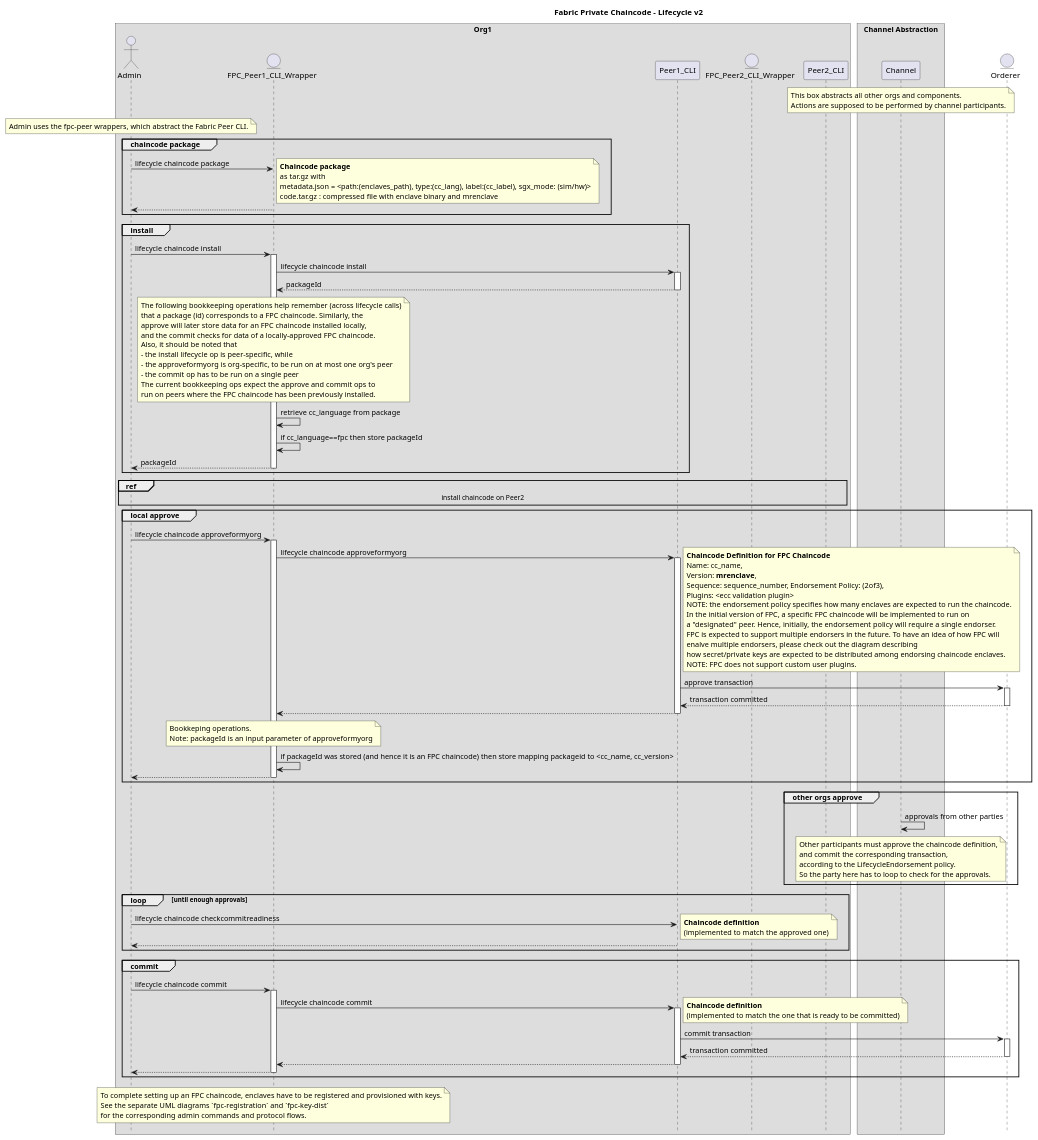
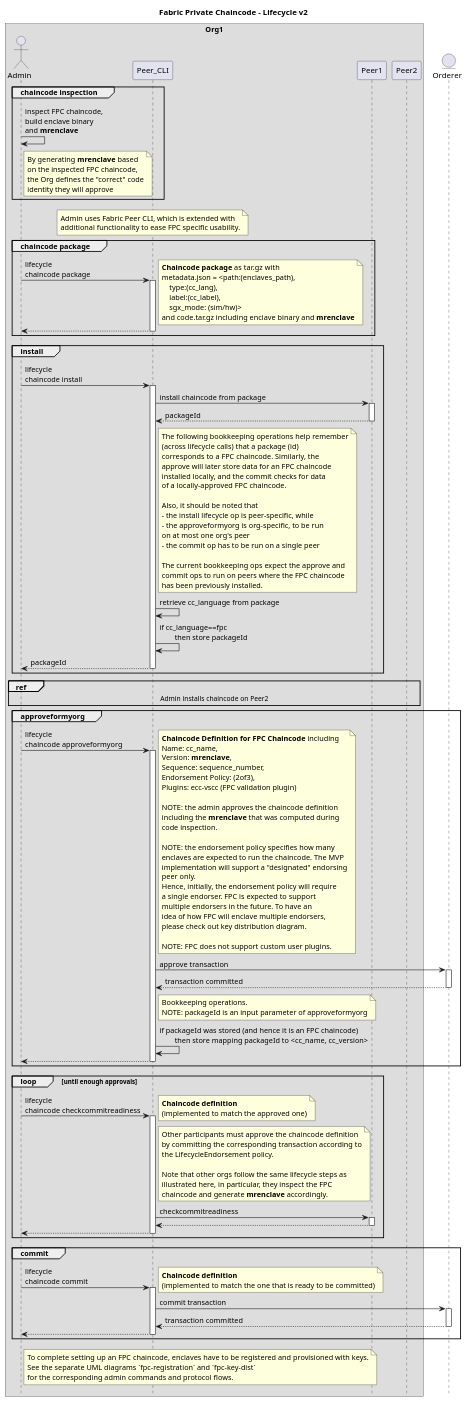
The diagram in docs/design/fabric-v2+/fpc-lifecycle-v2.puml (hyperledger/fabric-private-chaincode), drawn with PlantUML before and after one commit.

Commit message:
Revisit lifecycle
* make it printer friendly
* rename entities (use admin, peer_cli, and peer)
* remove channel and added comment in checkreadiness step
* add chaincode inspection

```diff
--- a/docs/design/fabric-v2+/fpc-lifecycle-v2.puml
+++ b/docs/design/fabric-v2+/fpc-lifecycle-v2.puml
@@ -8,133 +8,158 @@
 @startuml
 
 !pragma teoz true
 
 hide footbox
 title Foot Box removed
 
 title Fabric Private Chaincode - Lifecycle v2
 
 box "Org1"
-actor	Admin order 10
-entity "FPC_Peer1_CLI_Wrapper" as FPC_Peer1_CLI_Wrapper order 15
-participant Peer1_CLI order 20
-entity "FPC_Peer2_CLI_Wrapper" as FPC_Peer2_CLI_Wrapper order 30
-participant Peer2_CLI order 40
-end box
-
-box "Channel Abstraction"
-participant Channel order 70
-note over Channel
-    This box abstracts all other orgs and components.
-    Actions are supposed to be performed by channel participants.
-end note
+actor Admin order 10
+participant Peer_CLI order 15
+participant Peer1 order 20
+participant Peer2 order 40
 end box
 
 entity Orderer order 80
 
-note over Admin
-    Admin uses the fpc-peer wrappers, which abstract the Fabric Peer CLI.
+group chaincode inspection
+    Admin -> Admin : inspect FPC chaincode,\nbuild enclave binary\nand **mrenclave**
+    note right Admin
+    By generating **mrenclave** based
+    on the inspected FPC chaincode,
+    the Org defines the "correct" code
+    identity they will approve
+    end note
+end
+
+note over Peer_CLI
+    Admin uses Fabric Peer CLI, which is extended with
+    additional functionality to ease FPC specific usability.
 end note
 
 group chaincode package
-Admin -> FPC_Peer1_CLI_Wrapper : lifecycle chaincode package
-note right
-    **Chaincode package**
-    as tar.gz with
-    metadata.json = <path:(enclaves_path), type:(cc_lang), label:(cc_label), sgx_mode: (sim/hw)>
-    code.tar.gz : compressed file with enclave binary and mrenclave
-end note
+    Admin -> Peer_CLI++ : lifecycle\nchaincode package
+    note right
+    **Chaincode package** as tar.gz with
+    metadata.json = <path:(enclaves_path),
+        type:(cc_lang),
+        label:(cc_label),
+        sgx_mode: (sim/hw)>
+    and code.tar.gz including enclave binary and **mrenclave**
+    end note
 return
-end /' group chaincode package '/
+end
 
 group install
-Admin -> FPC_Peer1_CLI_Wrapper ++: lifecycle chaincode install
-FPC_Peer1_CLI_Wrapper -> Peer1_CLI ++: lifecycle chaincode install
-return packageId
-note over FPC_Peer1_CLI_Wrapper
-    The following bookkeeping operations help remember (across lifecycle calls)
-    that a package (id) corresponds to a FPC chaincode. Similarly, the
-    approve will later store data for an FPC chaincode installed locally,
-    and the commit checks for data of a locally-approved FPC chaincode.
+    Admin -> Peer_CLI++ : lifecycle\nchaincode install
+    Peer_CLI -> Peer1++ : install chaincode from package
+    return packageId
+
+    note right Peer_CLI
+    The following bookkeeping operations help remember
+    (across lifecycle calls) that a package (id)
+    corresponds to a FPC chaincode. Similarly, the
+    approve will later store data for an FPC chaincode
+    installed locally, and the commit checks for data
+    of a locally-approved FPC chaincode.
+
     Also, it should be noted that
     - the install lifecycle op is peer-specific, while
-    - the approveformyorg is org-specific, to be run on at most one org's peer
+    - the approveformyorg is org-specific, to be run
+    on at most one org's peer
     - the commit op has to be run on a single peer
-    The current bookkeeping ops expect the approve and commit ops to
-    run on peers where the FPC chaincode has been previously installed.
-end note
-FPC_Peer1_CLI_Wrapper -> FPC_Peer1_CLI_Wrapper : retrieve cc_language from package
-FPC_Peer1_CLI_Wrapper -> FPC_Peer1_CLI_Wrapper : if cc_language==fpc then store packageId
-return packageId /' Admin -> FPC_Peer1_CLI_Wrapper '/
-end /' group install '/
 
-ref over Admin, FPC_Peer2_CLI_Wrapper, Peer2_CLI
-    install chaincode on Peer2
-end /' ref '/
+    The current bookkeeping ops expect the approve and
+    commit ops to run on peers where the FPC chaincode
+    has been previously installed.
+    end note
 
-group local approve
-Admin -> FPC_Peer1_CLI_Wrapper ++: lifecycle chaincode approveformyorg
-FPC_Peer1_CLI_Wrapper -> Peer1_CLI ++: lifecycle chaincode approveformyorg
-note right
-    **Chaincode Definition for FPC Chaincode**
+    Peer_CLI -> Peer_CLI : retrieve cc_language from package
+    Peer_CLI -> Peer_CLI : if cc_language==fpc\n\tthen store packageId
+    return packageId
+end
+
+ref over Admin, Peer_CLI, Peer2
+    Admin installs chaincode on Peer2
+end
+
+group approveformyorg
+    Admin -> Peer_CLI++ : lifecycle\nchaincode approveformyorg
+    note right
+    **Chaincode Definition for FPC Chaincode** including
     Name: cc_name,
     Version: **mrenclave**,
-    Sequence: sequence_number, Endorsement Policy: (2of3),
-    Plugins: <ecc validation plugin>
-    NOTE: the endorsement policy specifies how many enclaves are expected to run the chaincode.
-    In the initial version of FPC, a specific FPC chaincode will be implemented to run on
-    a "designated" peer. Hence, initially, the endorsement policy will require a single endorser.
-    FPC is expected to support multiple endorsers in the future. To have an idea of how FPC will
-    enalve multiple endorsers, please check out the diagram describing
-    how secret/private keys are expected to be distributed among endorsing chaincode enclaves.
+    Sequence: sequence_number,
+    Endorsement Policy: (2of3),
+    Plugins: ecc-vscc (FPC validation plugin)
+
+    NOTE: the admin approves the chaincode definition
+    including the **mrenclave** that was computed during
+    code inspection.
+
+    NOTE: the endorsement policy specifies how many
+    enclaves are expected to run the chaincode. The MVP
+    implementation will support a "designated" endorsing
+    peer only.
+    Hence, initially, the endorsement policy will require
+    a single endorser. FPC is expected to support
+    multiple endorsers in the future. To have an
+    idea of how FPC will enclave multiple endorsers,
+    please check out key distribution diagram.
+
     NOTE: FPC does not support custom user plugins.
-end note
-Peer1_CLI -> Orderer ++: approve transaction
-return transaction committed /' Peer1_CLI -> Orderer '/
-return /' FPC_Peer1_CLI_Wrapper -> Peer1_CLI '/
-note over FPC_Peer1_CLI_Wrapper
-    Bookkeping operations.
-    Note: packageId is an input parameter of approveformyorg
-end note
-FPC_Peer1_CLI_Wrapper -> FPC_Peer1_CLI_Wrapper : if packageId was stored (and hence it is an FPC chaincode) then store mapping packageid to <cc_name, cc_version>
-return /' Admin -> FPC_Peer1_CLI_Wrapper '/
-end /' group approve '/
+    end note
 
-group other orgs approve
-Channel -> Channel : approvals from other parties
-note over Channel
-    Other participants must approve the chaincode definition,
-    and commit the corresponding transaction,
-    according to the LifecycleEndorsement policy.
-    So the party here has to loop to check for the approvals.
-end note
-end group 'other orgs approve'
+    Peer_CLI -> Orderer++ : approve transaction
+    return transaction committed /' Peer1_CLI -> Orderer '/
 
+    note right Peer_CLI
+    Bookkeeping operations.
+    NOTE: packageId is an input parameter of approveformyorg
+    end note
+
+    Peer_CLI -> Peer_CLI : if packageId was stored (and hence it is an FPC chaincode)\n\tthen store mapping packageId to <cc_name, cc_version>
+    return
+end
 
 loop until enough approvals
-	Admin -> Peer1_CLI : lifecycle chaincode checkcommitreadiness
-note right
+	Admin -> Peer_CLI++ : lifecycle\nchaincode checkcommitreadiness
+    note right
     **Chaincode definition**
     (implemented to match the approved one)
-end note
+    end note
+
+    note right Peer_CLI
+    Other participants must approve the chaincode definition
+    by committing the corresponding transaction according to
+    the LifecycleEndorsement policy.
+
+    Note that other orgs follow the same lifecycle steps as
+    illustrated here, in particular, they inspect the FPC
+    chaincode and generate **mrenclave** accordingly.
+    end note
+
+    Peer_CLI -> Peer1++ : checkcommitreadiness
+    return
     return
 end
 
 group commit
-Admin -> FPC_Peer1_CLI_Wrapper ++:lifecycle chaincode commit
-FPC_Peer1_CLI_Wrapper -> Peer1_CLI ++: lifecycle chaincode commit
-note right
+    Admin -> Peer_CLI++ : lifecycle\nchaincode commit
+    note right
     **Chaincode definition**
     (implemented to match the one that is ready to be committed)
-end note
-Peer1_CLI -> Orderer ++: commit transaction
-return transaction committed /' Peer1_CLI -> Orderer '/
-return /' FPC_Peer1_CLI_Wrapper -> Peer1_CLI '/
-return /' Admin -> FPC_Peer1_CLI_Wrapper '/
-end /' group commit '/
-note over FPC_Peer1_CLI_Wrapper
+    end note
+
+    Peer_CLI -> Orderer++ : commit transaction
+    return transaction committed
+    return
+end
+
+note right Admin
     To complete setting up an FPC chaincode, enclaves have to be registered and provisioned with keys.
     See the separate UML diagrams `fpc-registration` and `fpc-key-dist`
     for the corresponding admin commands and protocol flows.
 end note
 @enduml
```
